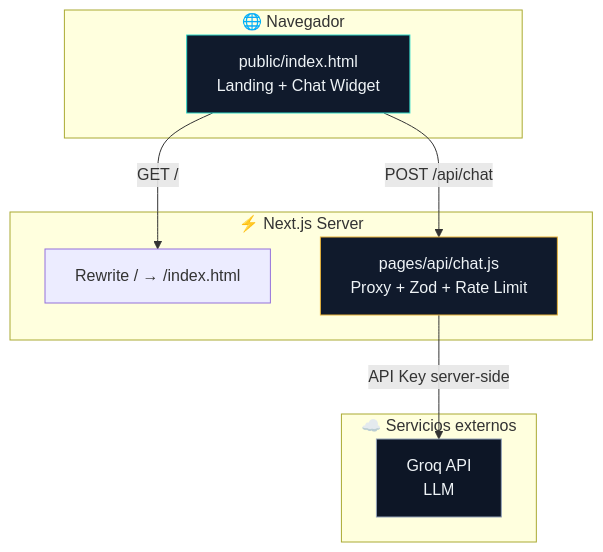
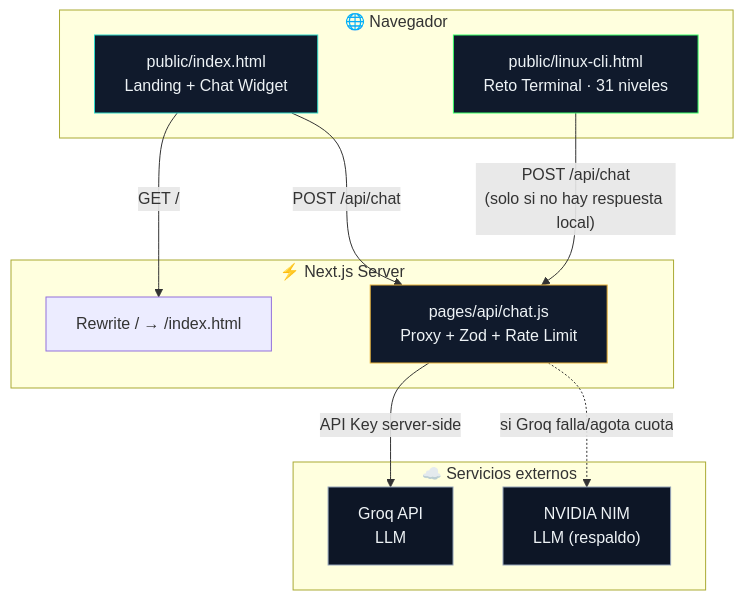
Before and after one commit to IngMarlonPerez/El-Club-de-la-Ingenier-a: the first of 4 diagrams in README.md, drawn with Mermaid. The commit also changed other lines of this file and 2 other files, not shown here.

````diff
--- a/README.md
+++ b/README.md
@@ -179,23 +195,29 @@
 ```mermaid
 flowchart TB
     subgraph Cliente["🌐 Navegador"]
         A["public/index.html<br/>Landing + Chat Widget"]
+        L["public/linux-cli.html<br/>Reto Terminal · 31 niveles"]
     end
 
     subgraph NextJS["⚡ Next.js Server"]
         B["Rewrite / → /index.html"]
         C["pages/api/chat.js<br/>Proxy + Zod + Rate Limit"]
     end
 
     subgraph Externo["☁️ Servicios externos"]
         D["Groq API<br/>LLM"]
+        N["NVIDIA NIM<br/>LLM (respaldo)"]
     end
 
     A -->|"GET /"| B
     A -->|"POST /api/chat"| C
+    L -->|"POST /api/chat<br/>(solo si no hay respuesta local)"| C
     C -->|"API Key server-side"| D
+    C -.->|"si Groq falla/agota cuota"| N
 
     style A fill:#101a2c,stroke:#2fd8c9,color:#eef3f6
+    style L fill:#101a2c,stroke:#39ff6a,color:#eef3f6
     style C fill:#101a2c,stroke:#e8b23a,color:#eef3f6
     style D fill:#0d1626,stroke:#93a2b8,color:#eef3f6
+    style N fill:#0d1626,stroke:#93a2b8,color:#eef3f6
 ```
````
